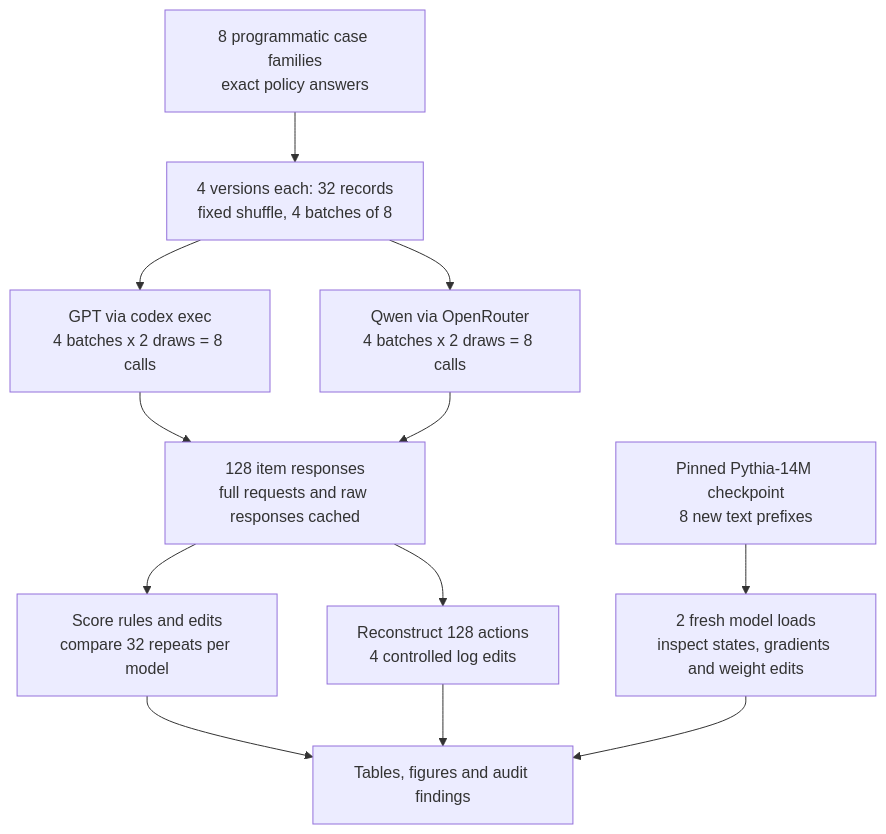
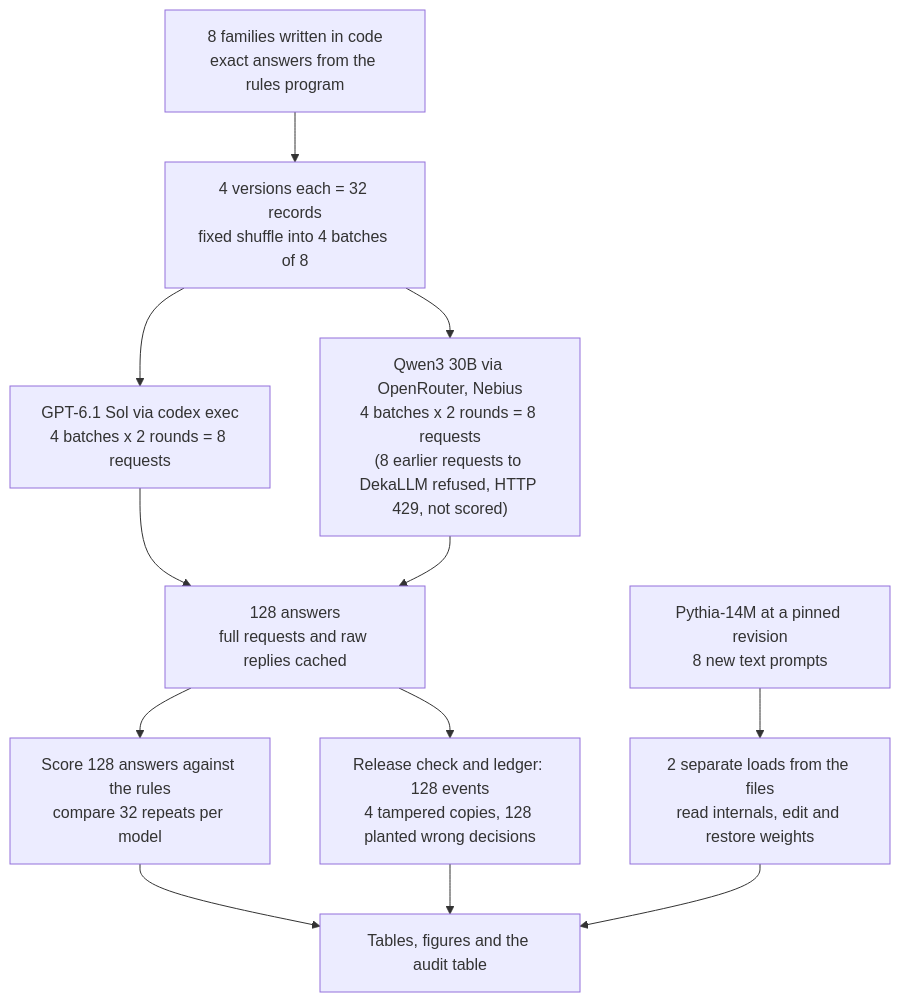
One commit to k-sandhu/experiment-notebooks changed the first of 2 diagrams in notebooks/26-model-auditability/README.md. Above: the diagram before and after it, drawn with Mermaid. The commit also changed other lines of this file and 2 other files, not shown here.

````diff
--- a/notebooks/26-model-auditability/README.md
+++ b/notebooks/26-model-auditability/README.md
@@ -53,14 +129,14 @@
 ```mermaid
 flowchart TD
-  A["8 programmatic case families<br/>exact policy answers"] --> B["4 versions each: 32 records<br/>fixed shuffle, 4 batches of 8"]
-  B --> G["GPT via codex exec<br/>4 batches x 2 draws = 8 calls"]
-  B --> Q["Qwen via OpenRouter<br/>4 batches x 2 draws = 8 calls"]
-  G --> C["128 item responses<br/>full requests and raw responses cached"]
+  A["8 families written in code<br/>exact answers from the rules program"] --> B["4 versions each = 32 records<br/>fixed shuffle into 4 batches of 8"]
+  B --> G["GPT-6.1 Sol via codex exec<br/>4 batches x 2 rounds = 8 requests"]
+  B --> Q["Qwen3 30B via OpenRouter, Nebius<br/>4 batches x 2 rounds = 8 requests<br/>(8 earlier requests to DekaLLM refused, HTTP 429, not scored)"]
+  G --> C["128 answers<br/>full requests and raw replies cached"]
   Q --> C
-  C --> D["Score rules and edits<br/>compare 32 repeats per model"]
-  C --> E["Reconstruct 128 actions<br/>4 controlled log edits"]
-  P["Pinned Pythia-14M checkpoint<br/>8 new text prefixes"] --> L["2 fresh model loads<br/>inspect states, gradients and weight edits"]
-  D --> F["Tables, figures and audit findings"]
+  C --> D["Score 128 answers against the rules<br/>compare 32 repeats per model"]
+  C --> E["Release check and ledger: 128 events<br/>4 tampered copies, 128 planted wrong decisions"]
+  P["Pythia-14M at a pinned revision<br/>8 new text prompts"] --> L["2 separate loads from the files<br/>read internals, edit and restore weights"]
+  D --> F["Tables, figures and the audit table"]
   E --> F
   L --> F
 ```
````
